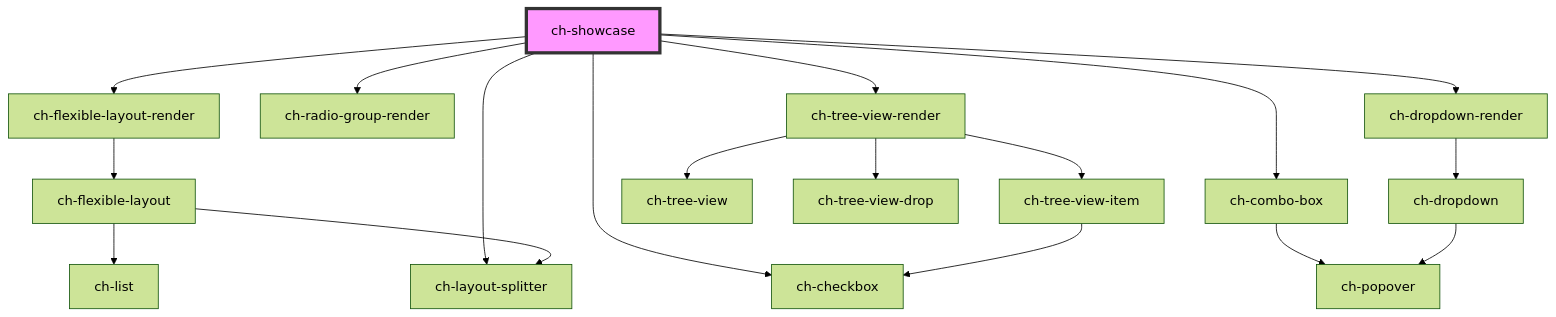
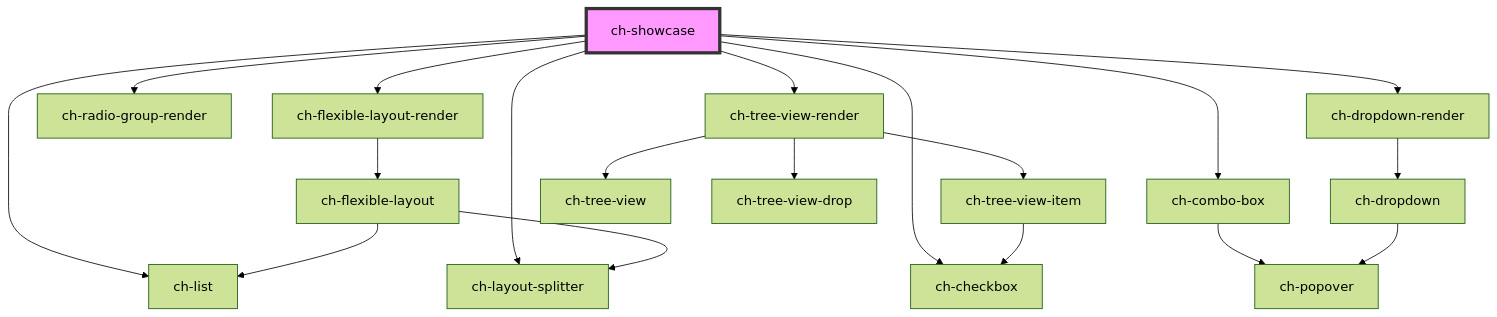
The diagram in src/showcase/assets/components/readme.md (genexuslabs/chameleon-controls-library), drawn with Mermaid (forest theme) before and after one commit. The commit also changed other lines of this file and 2 other files, not shown here.

Commit message:
Update readmes

````diff
--- a/src/showcase/assets/components/readme.md
+++ b/src/showcase/assets/components/readme.md
@@ -32,21 +33,22 @@
 ```mermaid
 graph TD;
   ch-showcase --> ch-flexible-layout-render
   ch-showcase --> ch-checkbox
   ch-showcase --> ch-combo-box
   ch-showcase --> ch-radio-group-render
   ch-showcase --> ch-dropdown-render
   ch-showcase --> ch-layout-splitter
+  ch-showcase --> ch-list
   ch-showcase --> ch-tree-view-render
   ch-flexible-layout-render --> ch-flexible-layout
   ch-flexible-layout --> ch-list
   ch-flexible-layout --> ch-layout-splitter
   ch-combo-box --> ch-popover
   ch-dropdown-render --> ch-dropdown
   ch-dropdown --> ch-popover
   ch-tree-view-render --> ch-tree-view
   ch-tree-view-render --> ch-tree-view-drop
   ch-tree-view-render --> ch-tree-view-item
   ch-tree-view-item --> ch-checkbox
   style ch-showcase fill:#f9f,stroke:#333,stroke-width:4px
 ```
````
